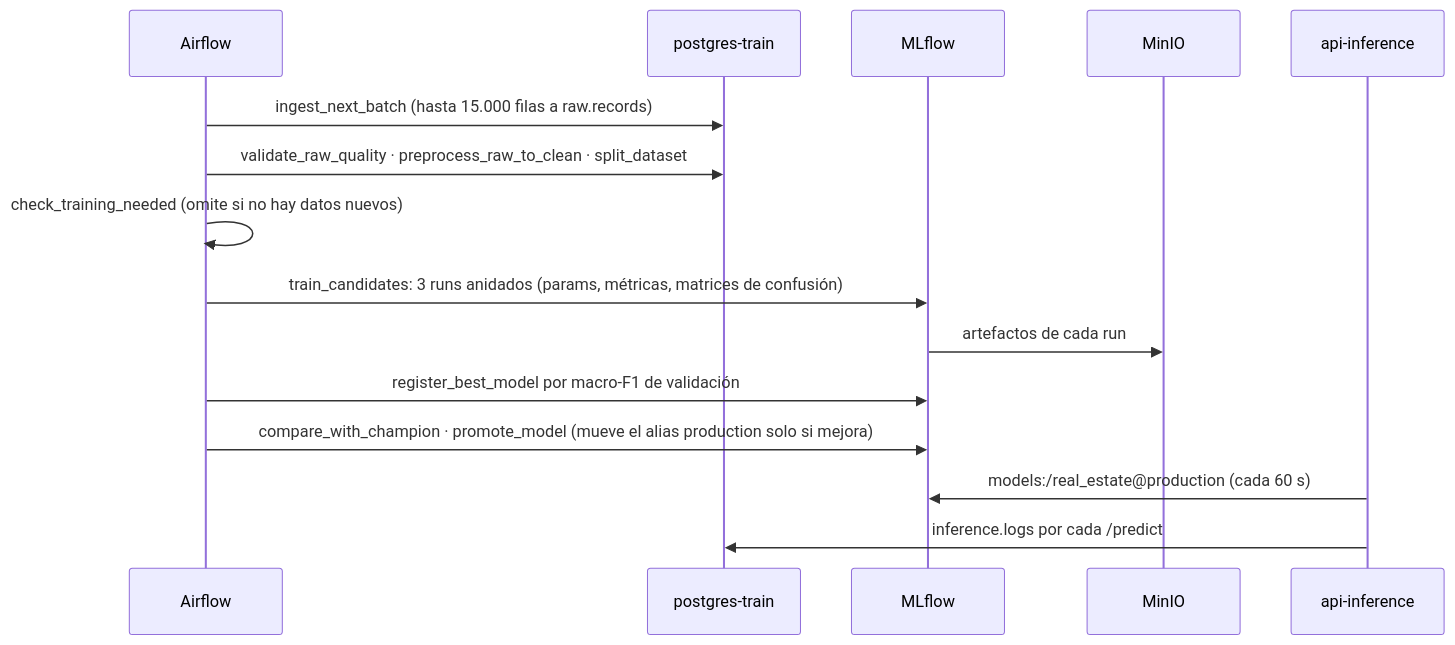
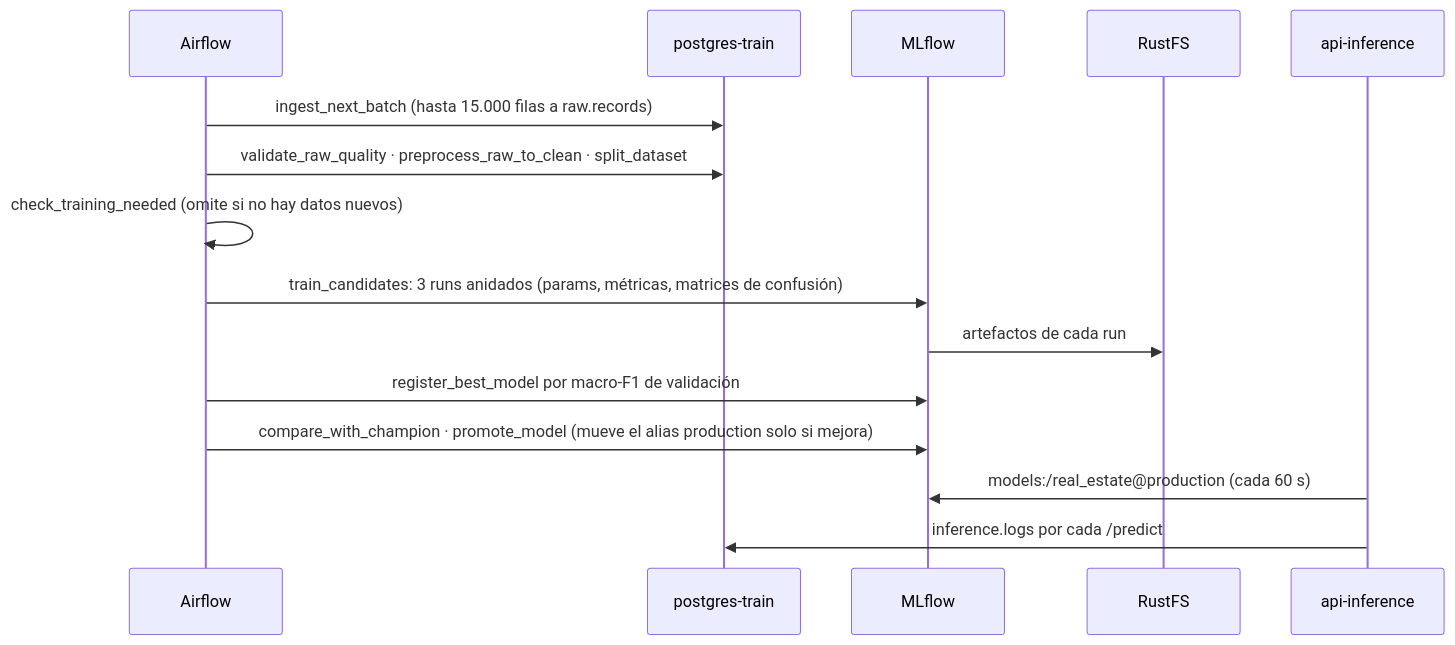
The third of 3 diagrams in README.md (aristotekean/mlops-real-state-pricing), drawn with Mermaid before and after one commit. The commit also changed other lines of this file and 18 other files, not shown here.

First line of the commit message:
feat: replace MinIO with RustFS as the MLflow artifact store

````diff
--- a/README.md
+++ b/README.md
@@ -148,18 +148,18 @@
 ```mermaid
 sequenceDiagram
     participant AF as Airflow
     participant P as postgres-train
     participant M as MLflow
-    participant S as MinIO
+    participant S as RustFS
     participant A as api-inference
 
     AF->>P: ingest_next_batch (hasta 15.000 filas a raw.records)
     AF->>P: validate_raw_quality · preprocess_raw_to_clean · split_dataset
     AF->>AF: check_training_needed (omite si no hay datos nuevos)
     AF->>M: train_candidates: 3 runs anidados (params, métricas, matrices de confusión)
     M->>S: artefactos de cada run
     AF->>M: register_best_model por macro-F1 de validación
     AF->>M: compare_with_champion · promote_model (mueve el alias production solo si mejora)
     A->>M: models:/real_estate@production (cada 60 s)
     A->>P: inference.logs por cada /predict
 ```
````
